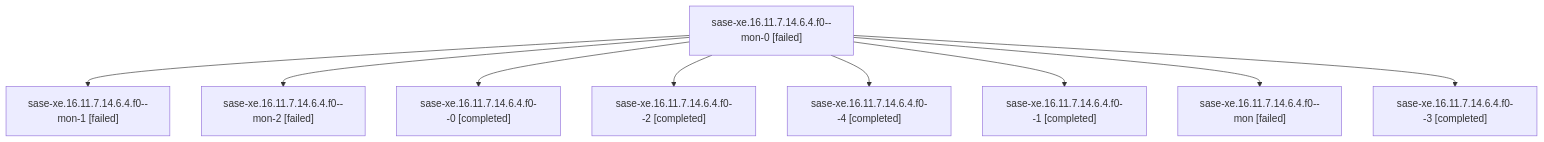
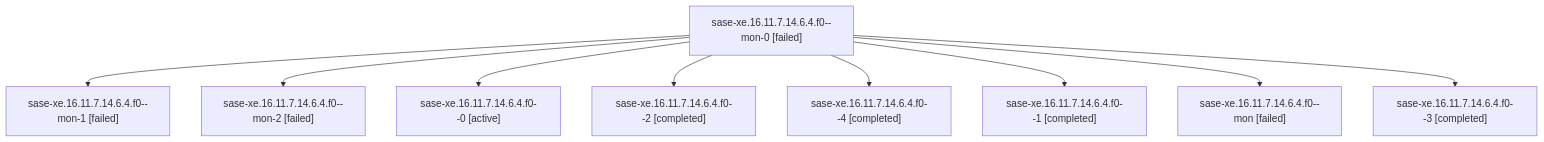
The diagram in families/bbugyi200.athena.sase-xe.16.11.7.14.6.4.f0.md (sase-org/sase--agents), drawn with Mermaid before and after one commit. The commit also changed other lines of this file and 35830 other files, not shown here.

````diff
--- a/families/bbugyi200.athena.sase-xe.16.11.7.14.6.4.f0.md
+++ b/families/bbugyi200.athena.sase-xe.16.11.7.14.6.4.f0.md
@@ -9,20 +9,20 @@
 ```mermaid
 flowchart TD
   n0["sase-xe.16.11.7.14.6.4.f0--mon-0 [failed]"]
   n1["sase-xe.16.11.7.14.6.4.f0--mon-1 [failed]"]
   n0 --> n1
   n2["sase-xe.16.11.7.14.6.4.f0--mon-2 [failed]"]
   n0 --> n2
-  n3["sase-xe.16.11.7.14.6.4.f0--0 [completed]"]
+  n3["sase-xe.16.11.7.14.6.4.f0--0 [active]"]
   n0 --> n3
   n4["sase-xe.16.11.7.14.6.4.f0--2 [completed]"]
   n0 --> n4
   n5["sase-xe.16.11.7.14.6.4.f0--4 [completed]"]
   n0 --> n5
   n6["sase-xe.16.11.7.14.6.4.f0--1 [completed]"]
   n0 --> n6
   n7["sase-xe.16.11.7.14.6.4.f0--mon [failed]"]
   n0 --> n7
   n8["sase-xe.16.11.7.14.6.4.f0--3 [completed]"]
   n0 --> n8
 ```
````
